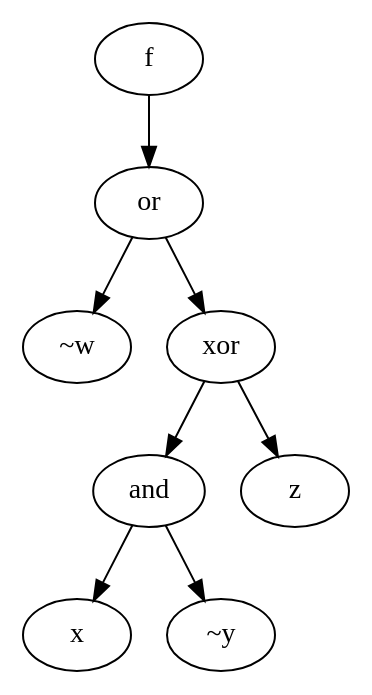
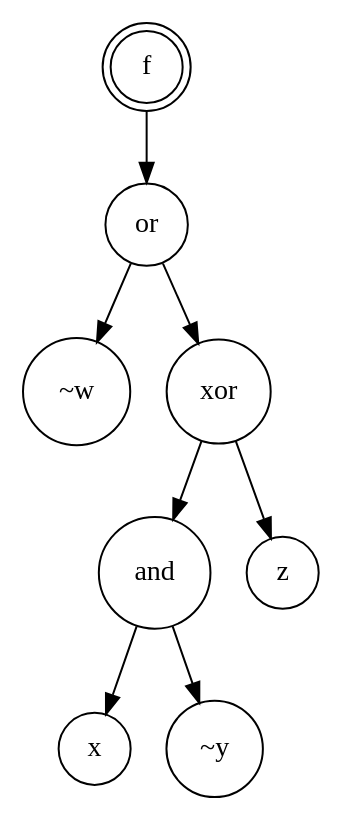
One commit to cjdrake/boolexpr changed the diagram in doc/source/quickstart.rst. Above: the diagram before and after it, drawn with Graphviz.

Commit message:
Fixup graph on quickstart page

```diff
--- a/doc/source/quickstart.rst
+++ b/doc/source/quickstart.rst
@@ -142,11 +142,15 @@
 .. graphviz::
 
-   digraph f {
+   digraph g {
+       node [shape=doublecircle] f
+       node [shape=circle]
        f -> or
-       or -> "~w"
+       not_w [label="~w"]
+       or -> not_w
        or -> xor
        xor -> and
        xor -> z
        and -> x
-       and -> "~y"
+       not_y [label="~y"]
+       and -> not_y
    }
```
